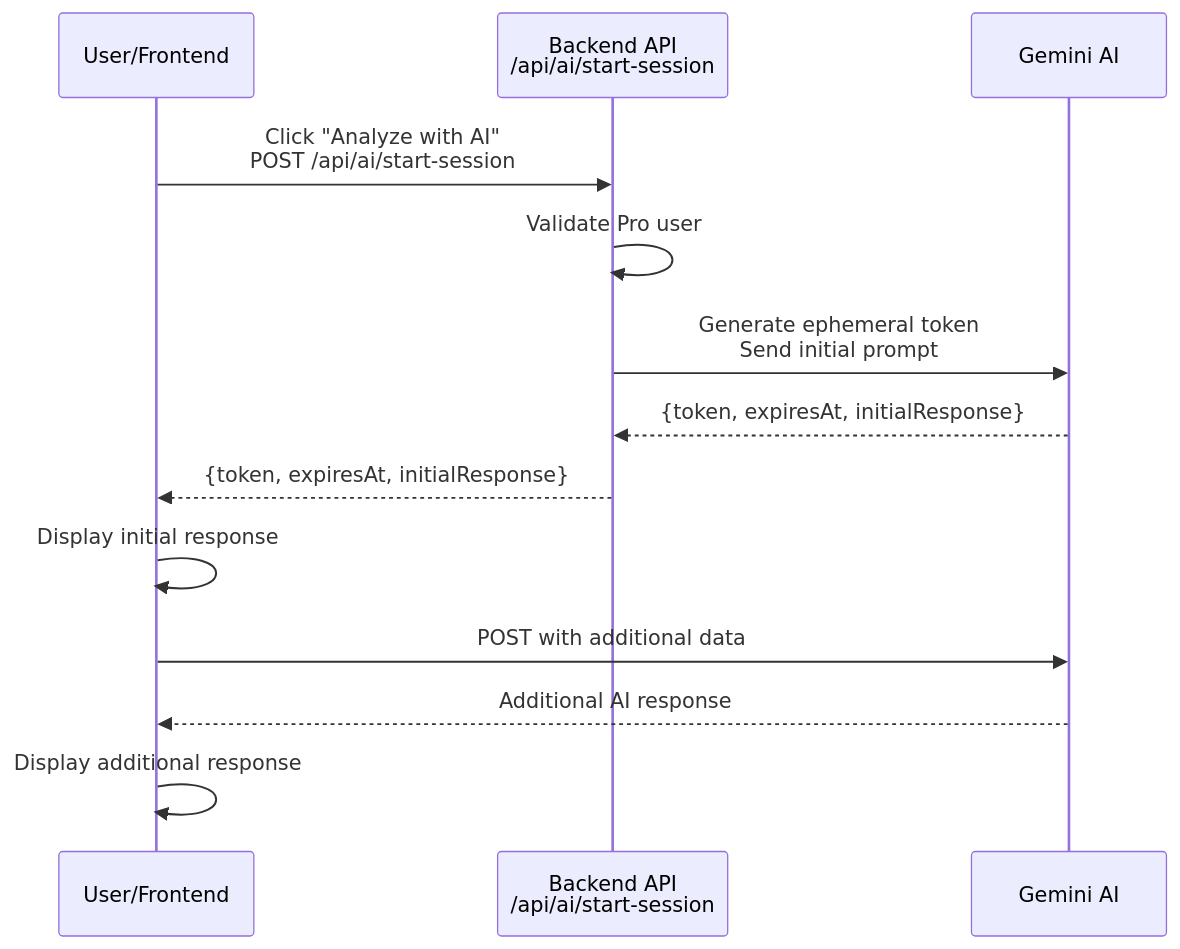
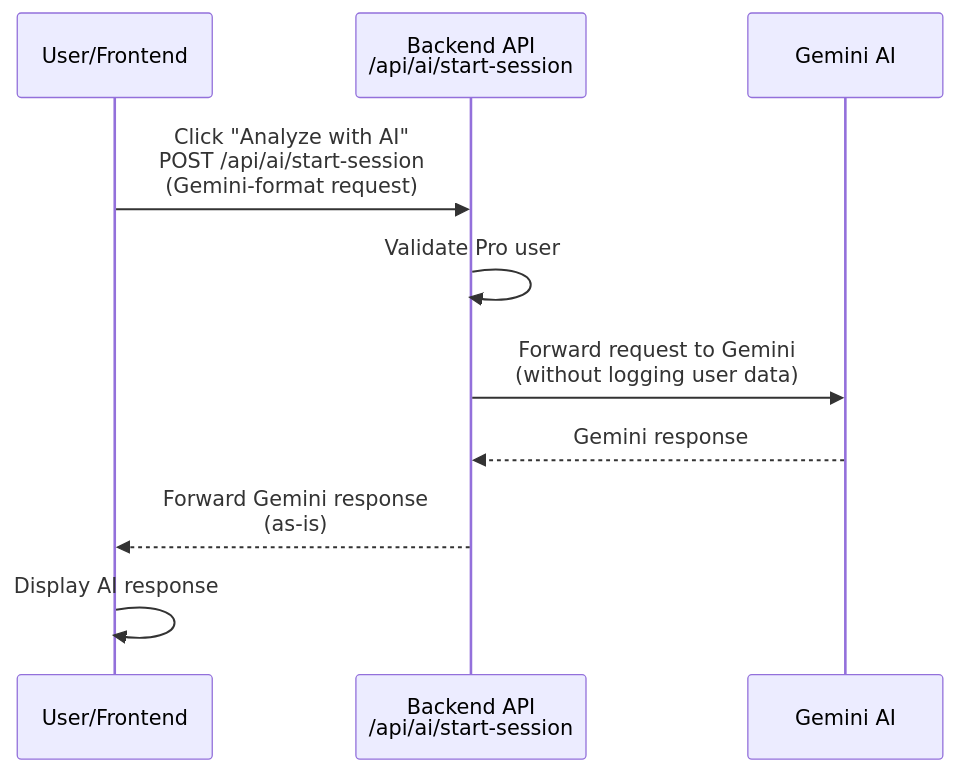
The diagram in docs/AI_SESSION.md (iricigor/GlookoDataWebApp), drawn with Mermaid before and after one commit. The commit also changed other lines of this file, not shown here.

Commit message:
Update AI_SESSION.md documentation for proxy pattern

````diff
--- a/docs/AI_SESSION.md
+++ b/docs/AI_SESSION.md
@@ -8,17 +8,13 @@
 ```mermaid
 sequenceDiagram
     participant UserFrontend as User/Frontend
     participant Backend as Backend API<br/>/api/ai/start-session
     participant AI as Gemini AI
 
-    UserFrontend->>Backend: Click "Analyze with AI"<br/>POST /api/ai/start-session
+    UserFrontend->>Backend: Click "Analyze with AI"<br/>POST /api/ai/start-session<br/>(Gemini-format request)
     Backend->>Backend: Validate Pro user
-    Backend->>AI: Generate ephemeral token<br/>Send initial prompt
-    AI-->>Backend: {token, expiresAt, initialResponse}
-    Backend-->>UserFrontend: {token, expiresAt, initialResponse}
-    UserFrontend->>UserFrontend: Display initial response
-    
-    UserFrontend->>AI: POST with additional data
-    AI-->>UserFrontend: Additional AI response
-    UserFrontend->>UserFrontend: Display additional response
+    Backend->>AI: Forward request to Gemini<br/>(without logging user data)
+    AI-->>Backend: Gemini response
+    Backend-->>UserFrontend: Forward Gemini response<br/>(as-is)
+    UserFrontend->>UserFrontend: Display AI response
 ```
````
